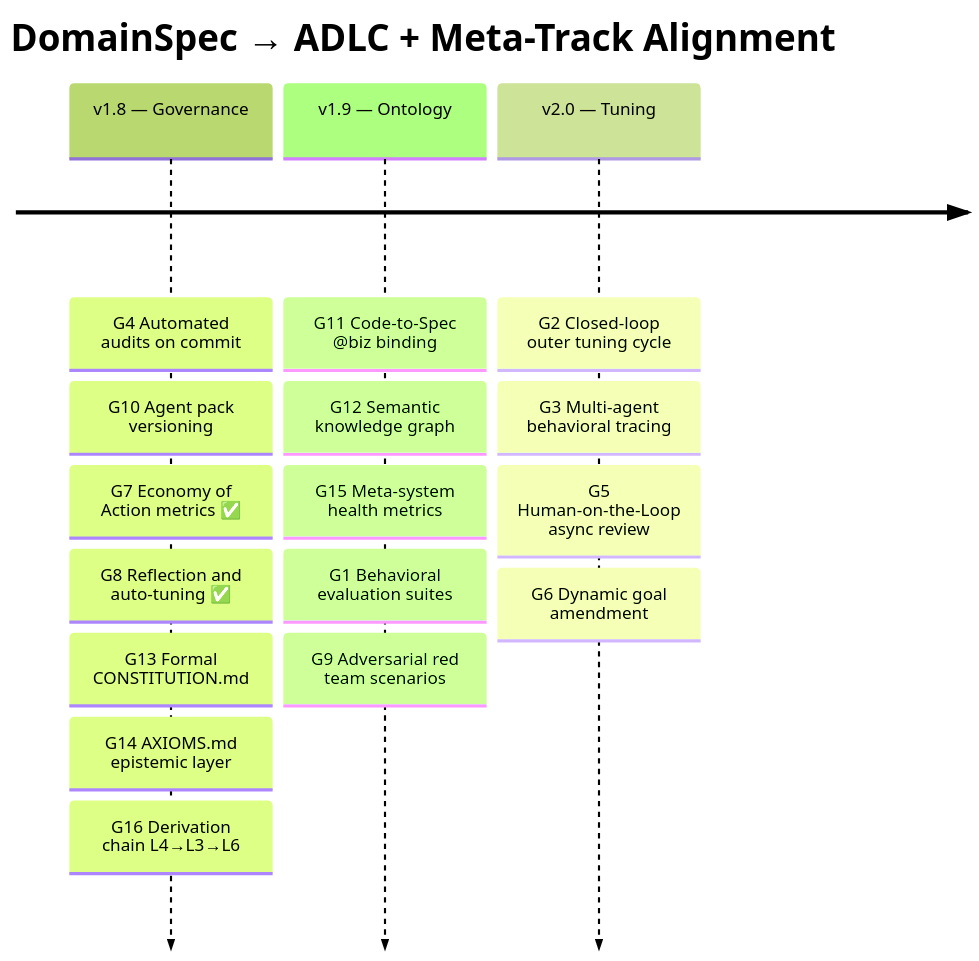
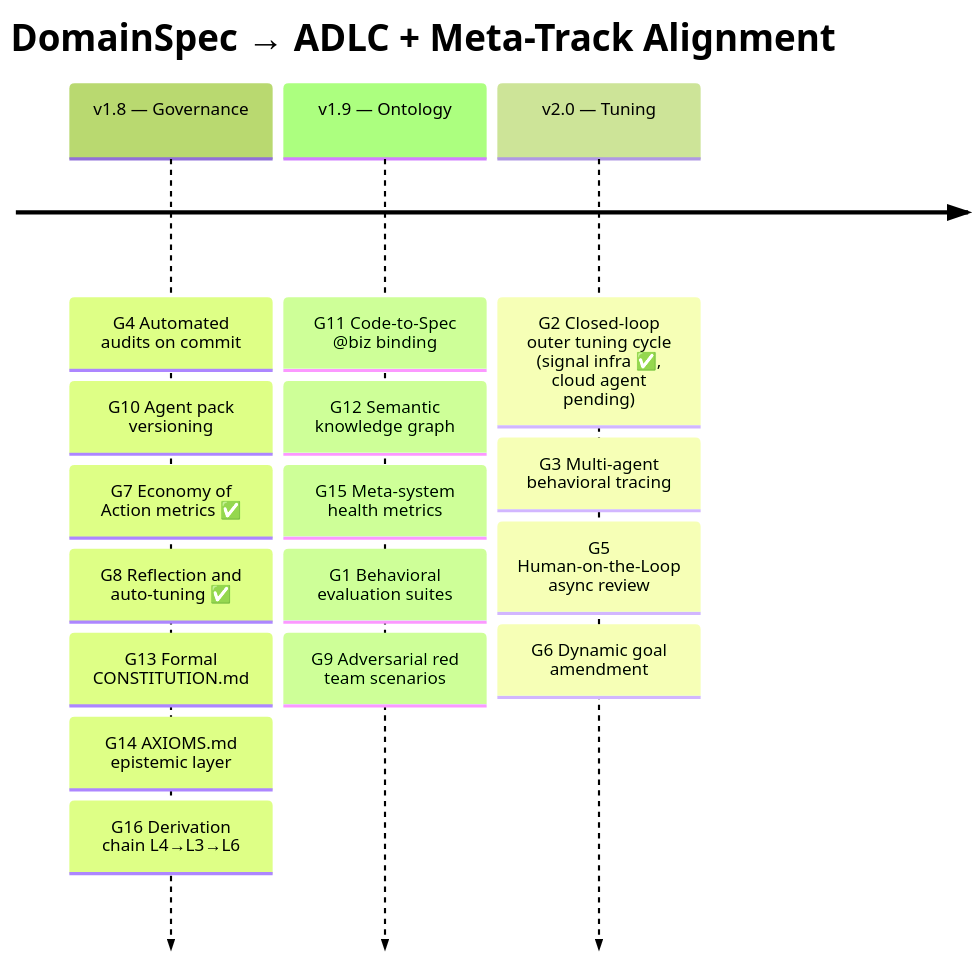
The diagram in ADLC-ALIGNMENT.md (cyberAlchemyAI/domainspec), drawn with Mermaid (forest theme) before and after one commit. The commit also changed other lines of this file and 5 other files, not shown here.

First line of the commit message:
feat: async signal-based tuning loop — v1.8.0

````diff
--- a/ADLC-ALIGNMENT.md
+++ b/ADLC-ALIGNMENT.md
@@ -101,20 +101,20 @@
 ```mermaid
 timeline
     title DomainSpec → ADLC + Meta-Track Alignment
     v1.8 — Governance    : G4 Automated audits on commit
                          : G10 Agent pack versioning
                          : G7 Economy of Action metrics ✅
                          : G8 Reflection and auto-tuning ✅
                          : G13 Formal CONSTITUTION.md
                          : G14 AXIOMS.md epistemic layer
                          : G16 Derivation chain L4→L3→L6
     v1.9 — Ontology      : G11 Code-to-Spec @biz binding
                          : G12 Semantic knowledge graph
                          : G15 Meta-system health metrics
                          : G1 Behavioral evaluation suites
                          : G9 Adversarial red team scenarios
-    v2.0 — Tuning        : G2 Closed-loop outer tuning cycle
+    v2.0 — Tuning        : G2 Closed-loop outer tuning cycle (signal infra ✅, cloud agent pending)
                          : G3 Multi-agent behavioral tracing
                          : G5 Human-on-the-Loop async review
                          : G6 Dynamic goal amendment
 ```
````
